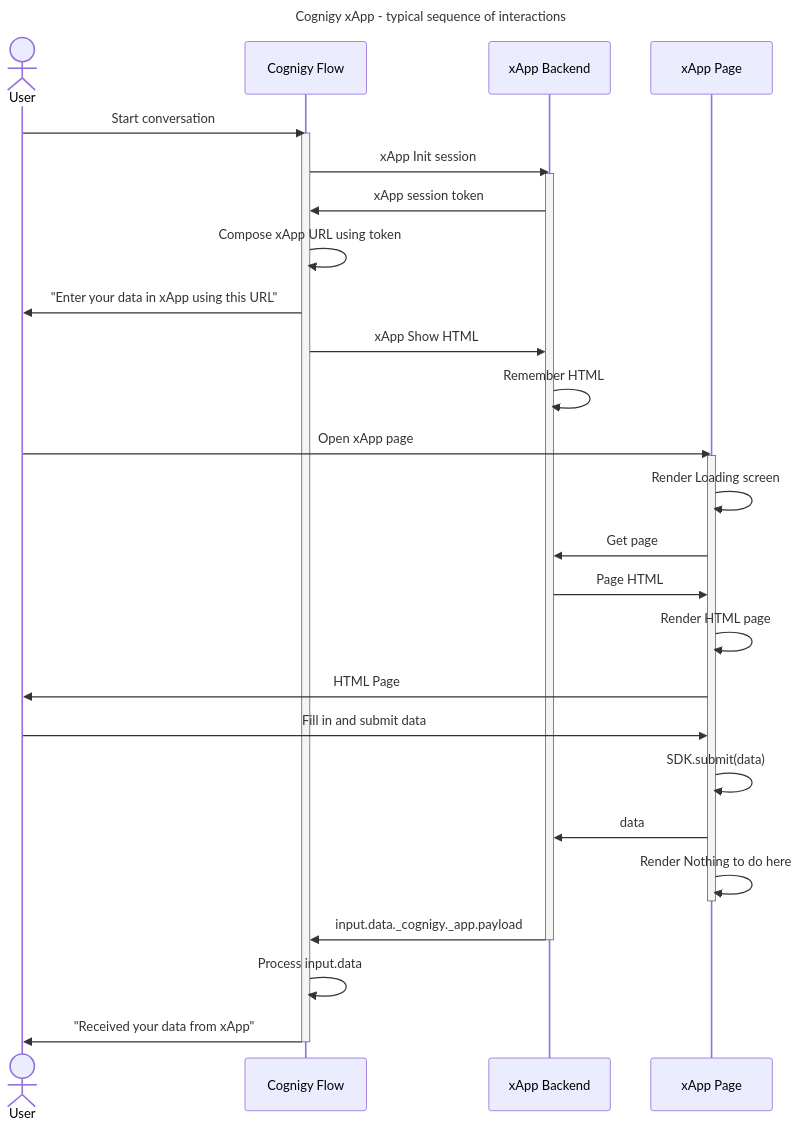
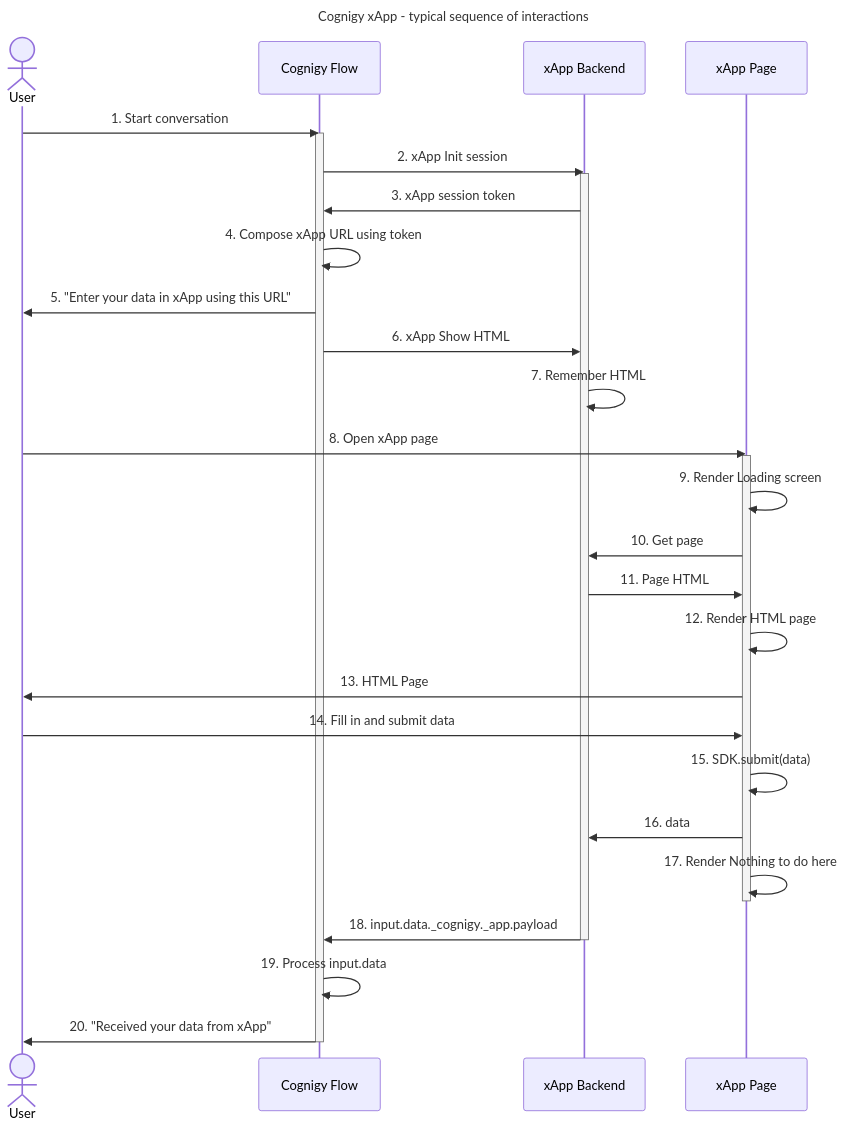
The diagram in docs/en/docs/ai/xApp/architecture.md (Cognigy/Documentation), drawn with Mermaid before and after one commit. The commit also changed other lines of this file, not shown here.

Commit message:
small fixes

````diff
--- a/docs/en/docs/ai/xApp/architecture.md
+++ b/docs/en/docs/ai/xApp/architecture.md
@@ -3,37 +5,37 @@
 ```mermaid
 sequenceDiagram
 title Cognigy xApp - typical sequence of interactions
 
 actor u as User
 participant f as Cognigy Flow
 participant xb as xApp Backend
 participant xf as xApp Page
 
-u->>f: Start conversation
+u->>f: 1. Start conversation
 activate f
-%% f->>f: xApp Init session
-f->> xb: xApp Init session
+%% f->>f:  xApp Init session
+f->> xb: 2. xApp Init session
 activate xb
-xb->>f: xApp session token
-f->>f: Compose xApp URL using token
-f->>u: "Enter your data in xApp using this URL"
-f->>xb: xApp Show HTML
-xb->>xb: Remember HTML
-u->>xf: Open xApp page
+xb->>f: 3. xApp session token
+f->>f: 4. Compose xApp URL using token
+f->>u: 5. "Enter your data in xApp using this URL"
+f->>xb: 6. xApp Show HTML
+xb->>xb: 7. Remember HTML
+u->>xf: 8. Open xApp page
 activate xf
-xf->>xf: Render Loading screen
-xf->>xb: Get page
-xb->>xf: Page HTML
-xf->>xf: Render HTML page
-xf->>u: HTML Page
-u->>xf: Fill in and submit data
-xf->>xf: SDK.submit(data)
-xf->>xb: data
-xf->>xf: Render Nothing to do here
+xf->>xf: 9. Render Loading screen
+xf->>xb: 10. Get page
+xb->>xf: 11. Page HTML
+xf->>xf: 12. Render HTML page
+xf->>u: 13. HTML Page
+u->>xf: 14. Fill in and submit data
+xf->>xf: 15. SDK.submit(data)
+xf->>xb: 16. data
+xf->>xf: 17. Render Nothing to do here
 deactivate xf
-xb->>f: input.data._cognigy._app.payload
+xb->>f: 18. input.data._cognigy._app.payload
 deactivate xb
-f->>f: Process input.data
-f->>u: "Received your data from xApp"
+f->>f: 19. Process input.data
+f->>u: 20. "Received your data from xApp"
 deactivate f
 ```
````
